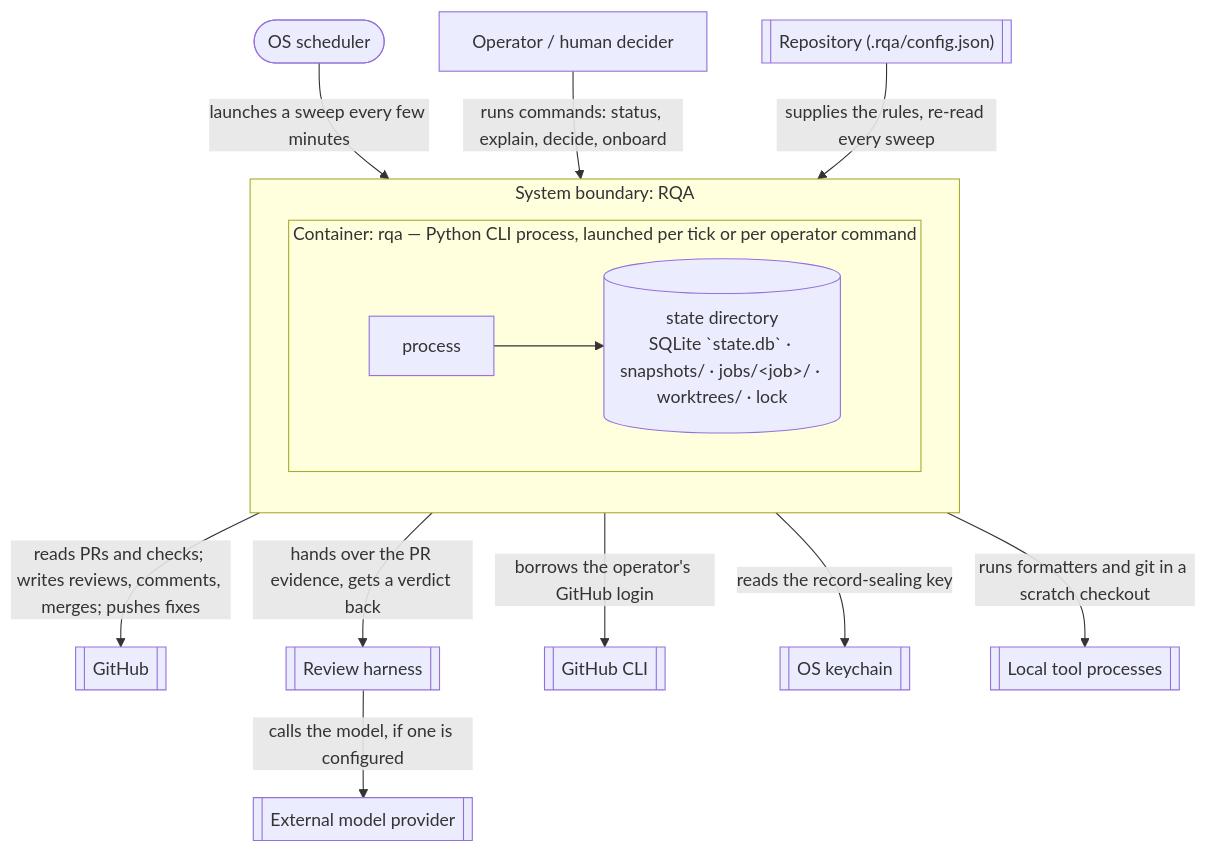
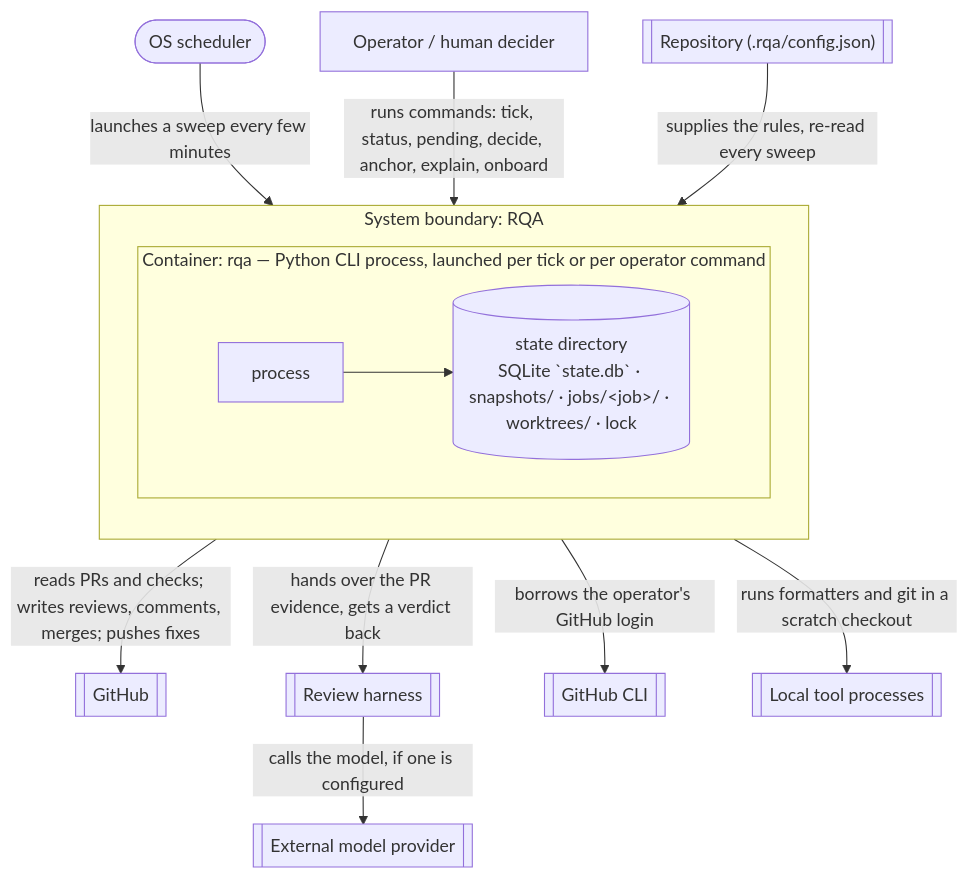
Before and after one commit to launchpad-26/buzz: the diagram in launchpad/skills/review-queue-automation/architecture/container.md, drawn with Mermaid. The commit also changed other lines of this file and 12 other files, not shown here.

````diff
--- a/launchpad/skills/review-queue-automation/architecture/container.md
+++ b/launchpad/skills/review-queue-automation/architecture/container.md
@@ -32,21 +32,20 @@
 ```mermaid
 flowchart TB
   subgraph sys["System boundary: RQA"]
     direction TB
     subgraph rqa["Container: rqa — Python CLI process, launched per tick or per operator command"]
       direction LR
       proc["process"]
       state[("state directory\nSQLite `state.db` · snapshots/ · jobs/&lt;job&gt;/ · worktrees/ · lock")]
       proc --> state
     end
   end
   TIMER(["OS scheduler"]) -->|launches a sweep every few minutes| proc
-  OPER["Operator / human decider"] -->|runs commands: status, explain, decide, onboard| proc
+  OPER["Operator / human decider"] -->|runs commands: tick, status, pending, decide, anchor, explain, onboard| proc
   proc -->|reads PRs and checks; writes reviews, comments, merges; pushes fixes| GH[["GitHub"]]
   proc -->|hands over the PR evidence, gets a verdict back| HARN[["Review harness"]]
   HARN -->|calls the model, if one is configured| PROV[["External model provider"]]
   proc -->|borrows the operator's GitHub login| GHCLI[["GitHub CLI"]]
-  proc -->|reads the record-sealing key| KC[["OS keychain"]]
   proc -->|runs formatters and git in a scratch checkout| TOOLS[["Local tool processes"]]
   REPO[["Repository (.rqa/config.json)"]] -->|supplies the rules, re-read every sweep| proc
 ```
````
